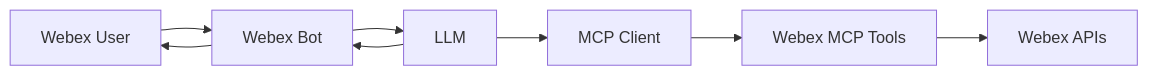
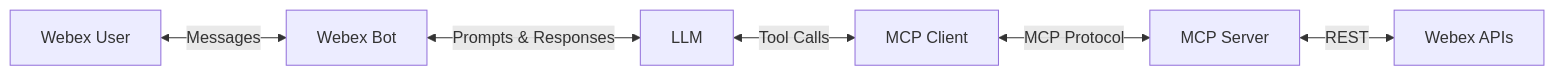
The first of 3 diagrams in docs/lab4_mcp.md (WebexCC-SA/LAB-31123), drawn with Mermaid before and after one commit.

````diff
--- a/docs/lab4_mcp.md
+++ b/docs/lab4_mcp.md
@@ -34,10 +34,8 @@
 ```mermaid
 flowchart LR
-    User[Webex User] --> Bot[Webex Bot]
-    Bot --> Agent[LLM]
-    Agent --> MCP[MCP Client]
-    MCP --> Tools[Webex MCP Tools]
-    Tools --> API[Webex APIs]
-    Agent --> Bot
-    Bot --> User
+    User[Webex User] <-->|Messages| Bot[Webex Bot]
+    Bot <-->|Prompts & Responses| Agent[LLM]
+    Agent <-->|Tool Calls| MCP[MCP Client]
+    MCP <-->|MCP Protocol| Server[MCP Server]
+    Server <-->|REST| API[Webex APIs]
 ```
````
